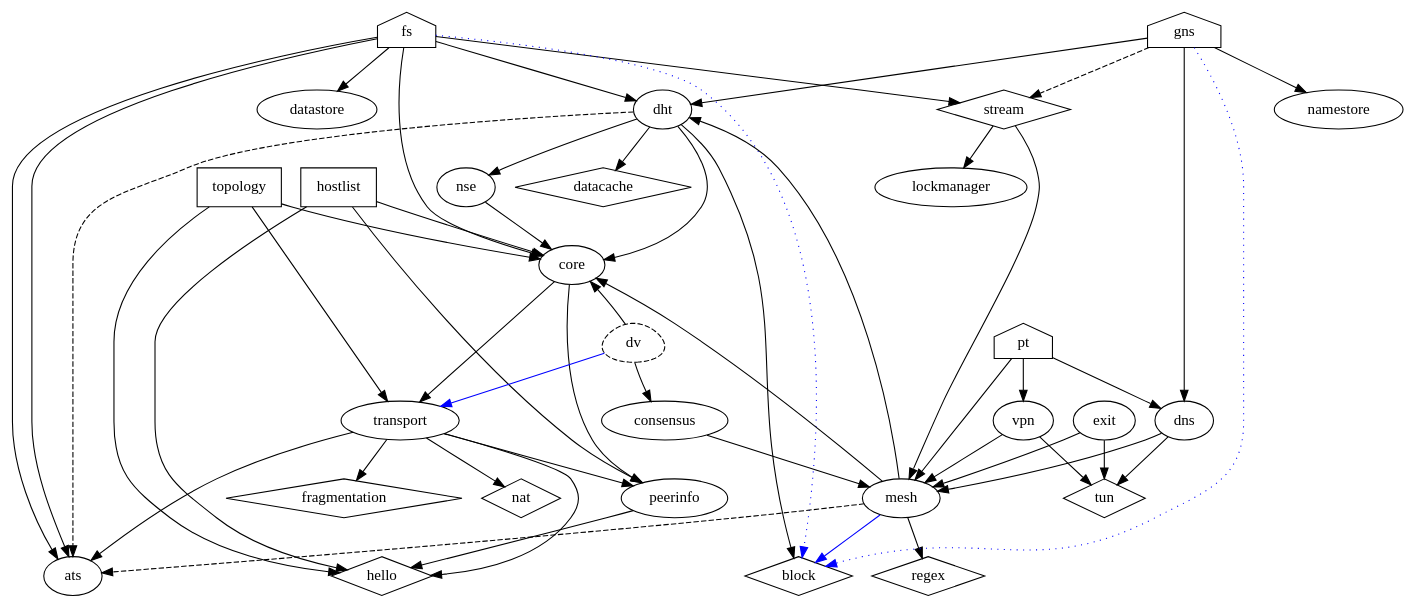
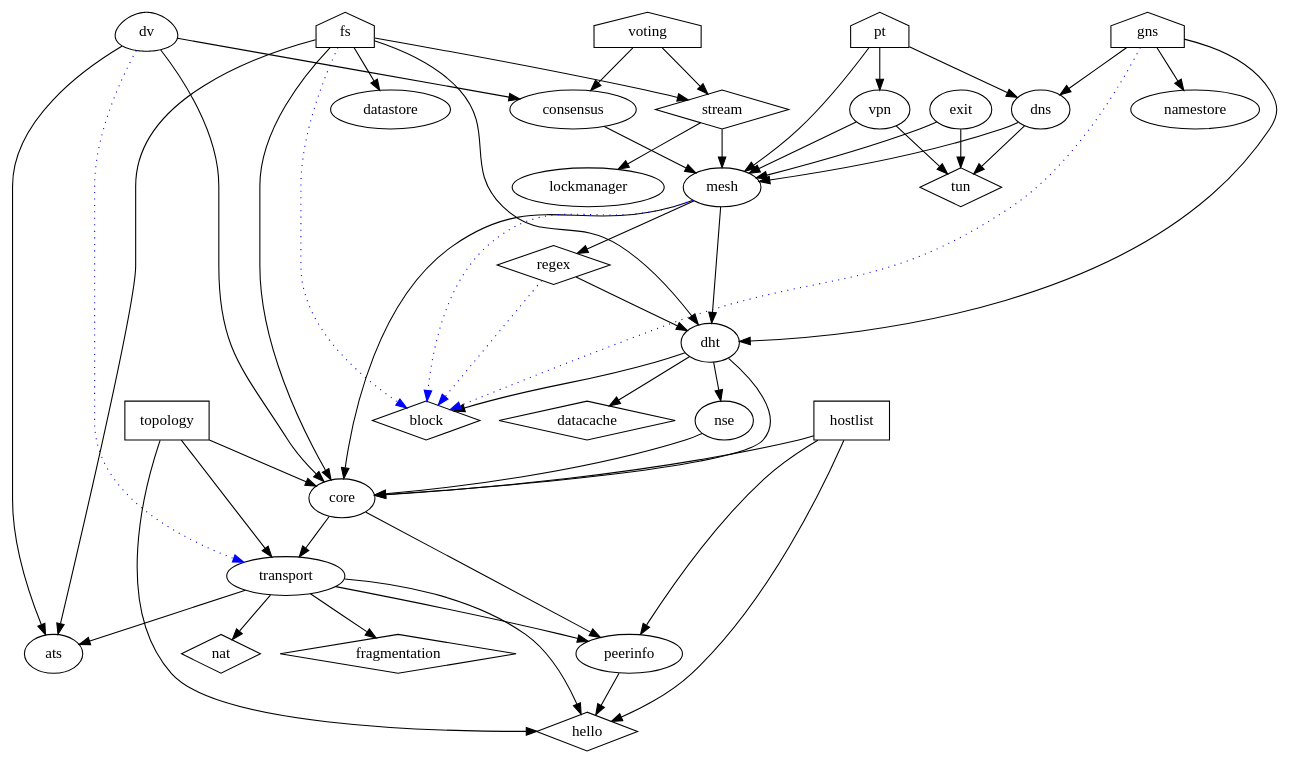
One commit to GNUnet-Mirror/GNUnet changed the diagram in doc/structure.dot. Above: the diagram before and after it, drawn with Graphviz.

Commit message:
-update structure

```diff
--- a/doc/structure.dot
+++ b/doc/structure.dot
@@ -1,108 +1,85 @@
 // house = application
 // circle (default) = service
 // box = daemon
 // diamond = library
 // black line = dependency
 // blue line = extension via plugin
 // dashed = in planning
 
 digraph dependencies {
 splines = true;
-
+  voting [shape=house];
+  voting -> consensus;
+  voting -> stream;
   fs [shape=house];
   fs -> dht;
   fs -> core;
   fs -> datastore;
   fs -> stream;
   fs -> ats;
   fs -> block [style=dotted,color=blue];
   exit -> mesh;
   exit -> tun;
   vpn -> mesh;
   vpn -> tun;
   pt [shape=house];
   pt -> mesh;
   pt -> vpn;
   pt -> dns;
+  dv -> ats;
   dns -> mesh;
   dns -> tun;
   gns [shape=house];
   gns -> namestore;
   gns -> dns;
   gns -> dht;
-  gns -> stream [style=dashed];
   gns -> block [style=dotted,color=blue];
 //  psycd [style=dashed,shape=house];
 //  psycd -> mesh [style=dashed];
   stream [shape=diamond];
   stream -> mesh;
   stream -> lockmanager;
   dht -> core;
   dht -> nse;
   dht -> block;
   dht -> datacache;
-  dht -> ats [style=dashed];
+//  dht -> ats [style=dashed];
   nse -> core;
+  regex -> block [style=dotted,color=blue];
   block [shape=diamond];
   datacache [shape=diamond];
   mesh -> core [weight=2];
   mesh -> dht;
   mesh -> regex;
-  mesh -> block [color=blue];
-  mesh -> ats [style=dashed];
+  mesh -> block [style=dotted,color=blue];
+//  mesh -> ats [style=dashed];
   regex [shape=diamond];
+  regex -> dht;
   core -> transport;
   core -> peerinfo;
   topology [shape=box];
   topology -> transport;
   topology -> core;
   topology -> hello;
   hostlist [shape=box];
   hostlist -> core;
   hostlist -> peerinfo;
   hostlist -> hello;
   transport -> ats;
   transport -> hello;	  
   transport -> peerinfo;
   transport -> nat;
   transport -> fragmentation;
-  dv [style=dashed,shape=egg,layer=core];
-  dv -> transport [color=blue];
+  dv [shape=egg];
+  dv -> transport [color=blue,style=dotted];
   dv -> core;
-  fs -> ats;
   dv -> consensus;
-  consensus -> dv [style=invis]; // force dv below consensus
   consensus -> mesh;
-  core -> dv [style=invis]; // force dv below core
   peerinfo -> hello;
   fragmentation [shape=diamond];
   hello [shape=diamond];
   nat [shape=diamond];
   tun [shape=diamond];
 
-  subgraph STREAM {
-    stream; lockmanager;
-  }
-  subgraph DHT {
-    dht; nse; datacache; block;
-  }
-  subgraph MESH {
-    mesh; regex;
-  }
-  subgraph TRANSPORT {
-    transport; dv; peerinfo; hello; nat; ats;
-  }
-  subgraph CORE {
-    core; hostlist; topology;
-  }
-  subgraph FS {
-    fs; datastore;
-  }
-  subgraph GNS {
-    gns; namestore;
-  }
-  subgraph VPN {
-    vpn; pt; exit;
-  }
 
 }
```
